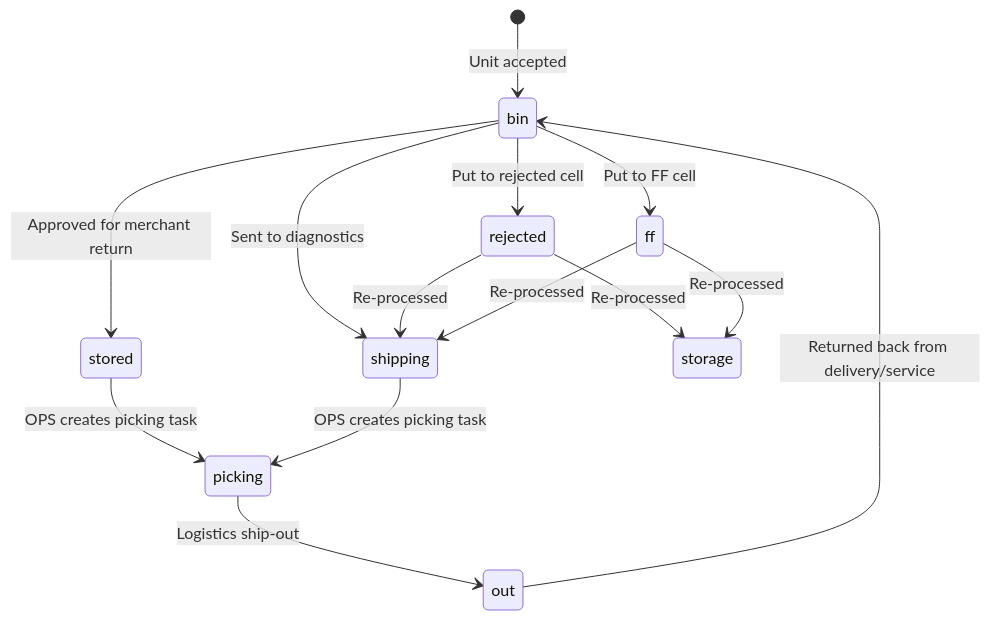
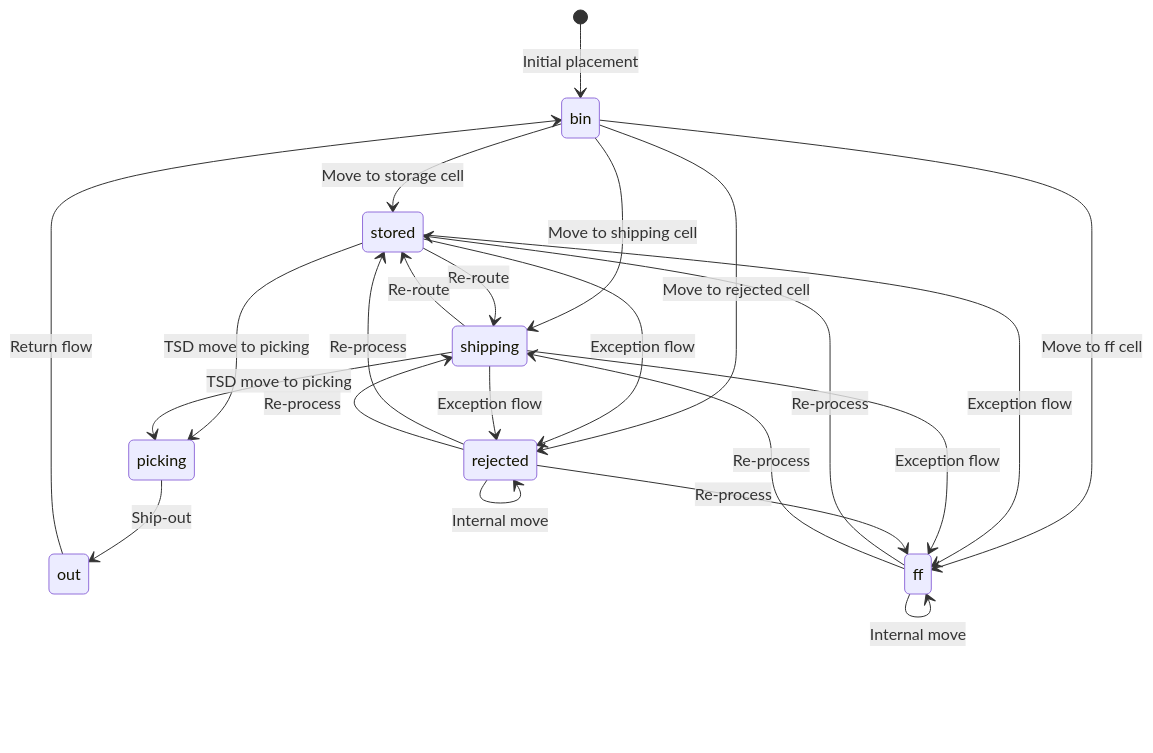
One commit to umutkara/warehouse changed the sixth of 7 diagrams in docs/process/README.md. Above: the diagram before and after it, drawn with Mermaid. The commit also changed other lines of this file and 14 other files, not shown here.

````diff
--- a/docs/process/README.md
+++ b/docs/process/README.md
@@ -86,21 +131,32 @@
 ```mermaid
 stateDiagram-v2
-  [*] --> bin: Unit accepted
+  [*] --> bin: Initial placement
 
-  bin --> stored: Approved for merchant return
-  bin --> shipping: Sent to diagnostics
-  bin --> rejected: Put to rejected cell
-  bin --> ff: Put to FF cell
+  bin --> stored: Move to storage cell
+  bin --> shipping: Move to shipping cell
+  bin --> rejected: Move to rejected cell
+  bin --> ff: Move to ff cell
 
-  stored --> picking: OPS creates picking task
-  shipping --> picking: OPS creates picking task
+  stored --> shipping: Re-route
+  shipping --> stored: Re-route
 
-  picking --> out: Logistics ship-out
+  stored --> picking: TSD move to picking
+  shipping --> picking: TSD move to picking
 
-  out --> bin: Returned back from delivery/service
+  stored --> rejected: Exception flow
+  shipping --> rejected: Exception flow
+  stored --> ff: Exception flow
+  shipping --> ff: Exception flow
 
-  rejected --> storage: Re-processed
-  rejected --> shipping: Re-processed
-  ff --> storage: Re-processed
-  ff --> shipping: Re-processed
+  rejected --> rejected: Internal move
+  rejected --> ff: Re-process
+  rejected --> stored: Re-process
+  rejected --> shipping: Re-process
+
+  ff --> ff: Internal move
+  ff --> stored: Re-process
+  ff --> shipping: Re-process
+
+  picking --> out: Ship-out
+  out --> bin: Return flow
 ```
````
